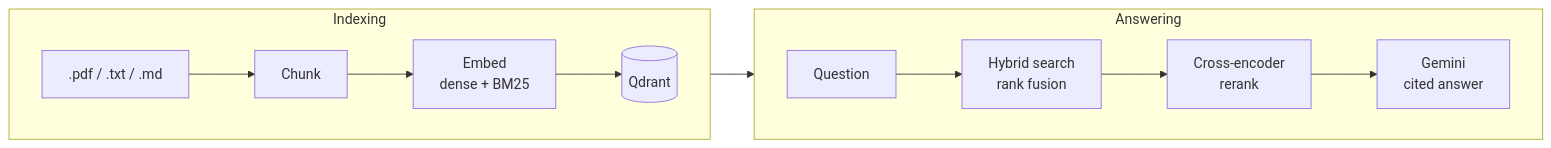
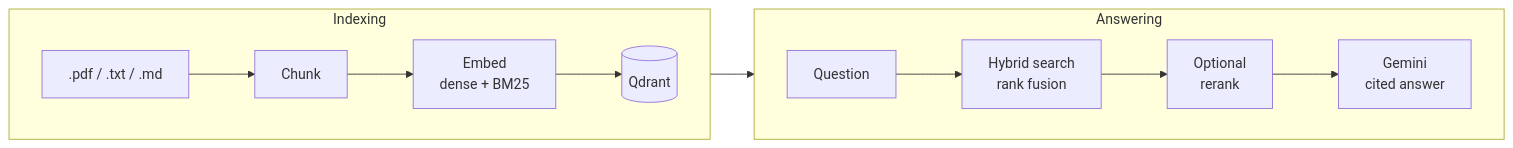
The diagram in README.md (hgmdz1210/RAG), drawn with Mermaid before and after one commit. The commit also changed other lines of this file, not shown here.

````diff
--- a/README.md
+++ b/README.md
@@ -12,12 +11,12 @@
 ```mermaid
 flowchart LR
     subgraph Indexing
         direction LR
         F[".pdf / .txt / .md"] --> C[Chunk] --> E["Embed<br/>dense + BM25"] --> Q[(Qdrant)]
     end
     subgraph Answering
         direction LR
-        U[Question] --> S["Hybrid search<br/>rank fusion"] --> R["Cross-encoder<br/>rerank"] --> G["Gemini<br/>cited answer"]
+        U[Question] --> S["Hybrid search<br/>rank fusion"] --> R["Optional<br/>rerank"] --> G["Gemini<br/>cited answer"]
     end
     Q --> S
 ```
````
